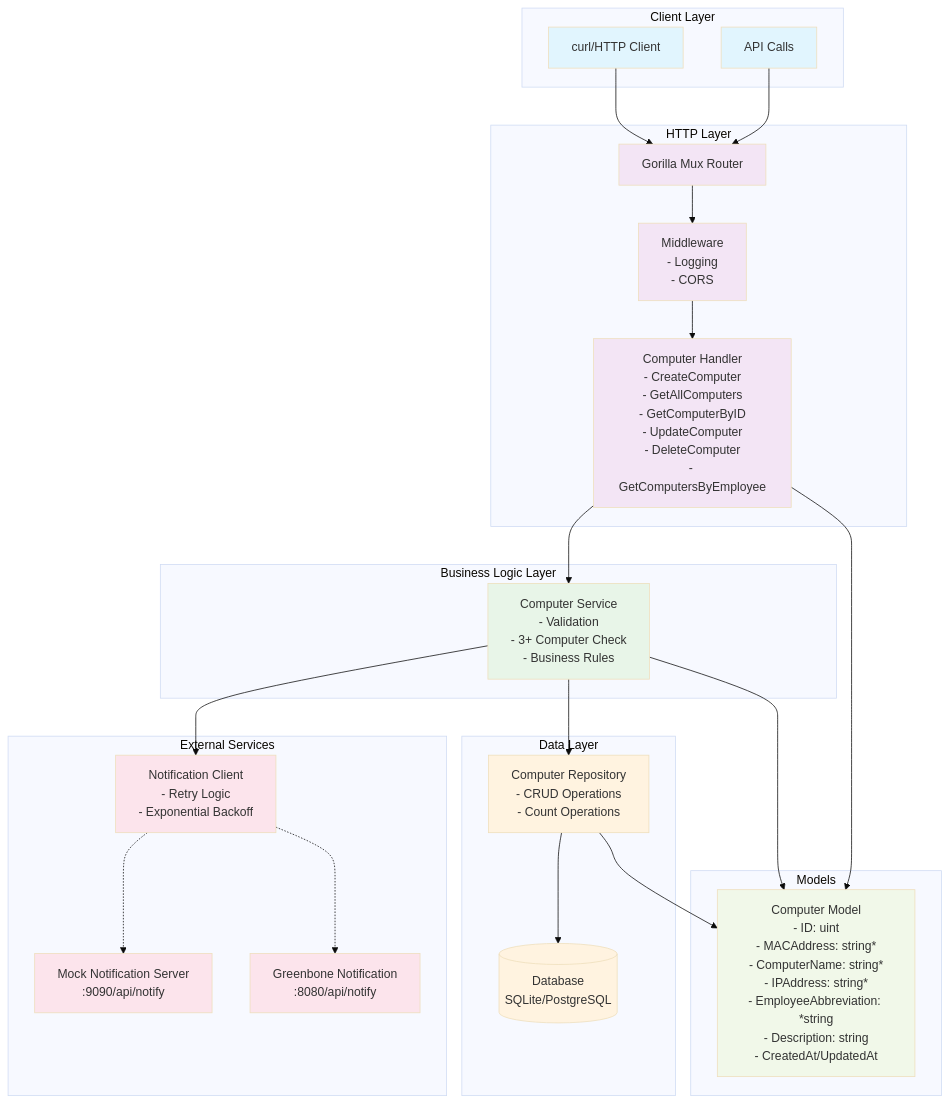
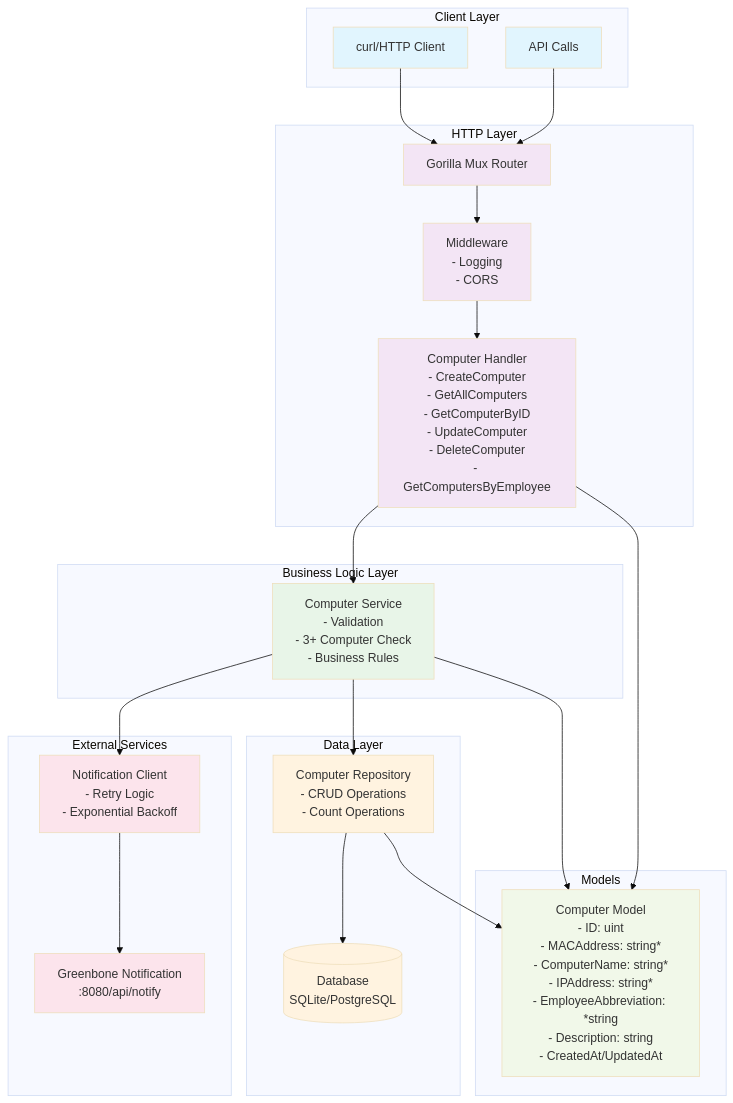
The diagram in README.md (Jetlum/computer-management-api), drawn with Mermaid (base theme) before and after one commit. The commit also changed other lines of this file and 5 other files, not shown here.

````diff
--- a/README.md
+++ b/README.md
@@ -11,61 +11,59 @@
 ```mermaid
 graph TB
     subgraph "Client Layer"
         CLI[curl/HTTP Client]
         API_CALLS[API Calls]
     end
 
     subgraph "HTTP Layer"
         ROUTER[Gorilla Mux Router]
         MIDDLEWARE[Middleware<br/>- Logging<br/>- CORS]
         HANDLERS[Computer Handler<br/>- CreateComputer<br/>- GetAllComputers<br/>- GetComputerByID<br/>- UpdateComputer<br/>- DeleteComputer<br/>- GetComputersByEmployee]
     end
 
     subgraph "Business Logic Layer"
         SERVICE[Computer Service<br/>- Validation<br/>- 3+ Computer Check<br/>- Business Rules]
     end
 
     subgraph "Data Layer"
         REPO[Computer Repository<br/>- CRUD Operations<br/>- Count Operations]
         DB[(Database<br/>SQLite/PostgreSQL)]
     end
 
     subgraph "External Services"
         NOTIFY_CLIENT[Notification Client<br/>- Retry Logic<br/>- Exponential Backoff]
-        MOCK_SERVER[Mock Notification Server<br/>:9090/api/notify]
         GREENBONE_SERVER[Greenbone Notification<br/>:8080/api/notify]
     end
 
     subgraph "Models"
         COMPUTER_MODEL[Computer Model<br/>- ID: uint<br/>- MACAddress: string*<br/>- ComputerName: string*<br/>- IPAddress: string*<br/>- EmployeeAbbreviation: *string<br/>- Description: string<br/>- CreatedAt/UpdatedAt]
     end
 
     CLI --> ROUTER
     API_CALLS --> ROUTER
     ROUTER --> MIDDLEWARE
     MIDDLEWARE --> HANDLERS
     HANDLERS --> SERVICE
     SERVICE --> REPO
     SERVICE --> NOTIFY_CLIENT
     REPO --> DB
-    NOTIFY_CLIENT -.-> MOCK_SERVER
-    NOTIFY_CLIENT -.-> GREENBONE_SERVER
+    NOTIFY_CLIENT --> GREENBONE_SERVER
     
     SERVICE --> COMPUTER_MODEL
     REPO --> COMPUTER_MODEL
     HANDLERS --> COMPUTER_MODEL
 
     classDef clientLayer fill:#e1f5fe
     classDef httpLayer fill:#f3e5f5
     classDef businessLayer fill:#e8f5e8
     classDef dataLayer fill:#fff3e0
     classDef externalLayer fill:#fce4ec
     classDef modelLayer fill:#f1f8e9
 
     class CLI,API_CALLS clientLayer
     class ROUTER,MIDDLEWARE,HANDLERS httpLayer
     class SERVICE businessLayer
     class REPO,DB dataLayer
-    class NOTIFY_CLIENT,MOCK_SERVER,GREENBONE_SERVER externalLayer
+    class NOTIFY_CLIENT,GREENBONE_SERVER externalLayer
     class COMPUTER_MODEL modelLayer
 ```
````
